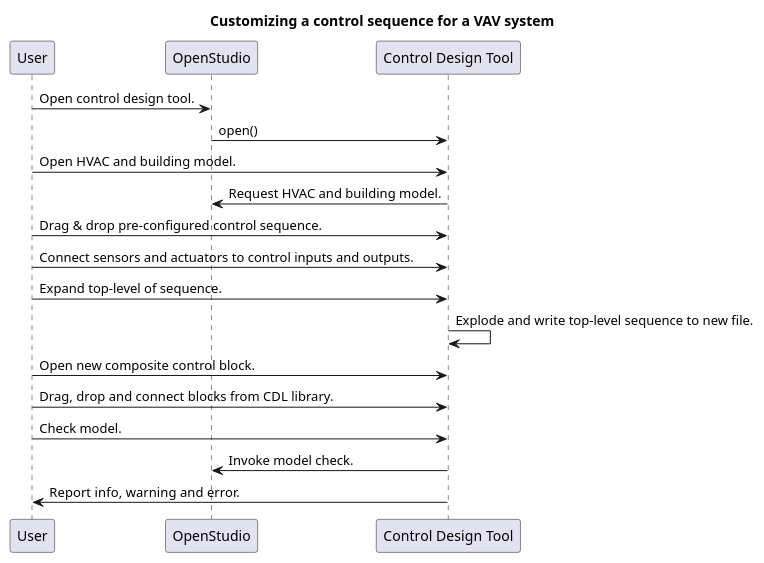
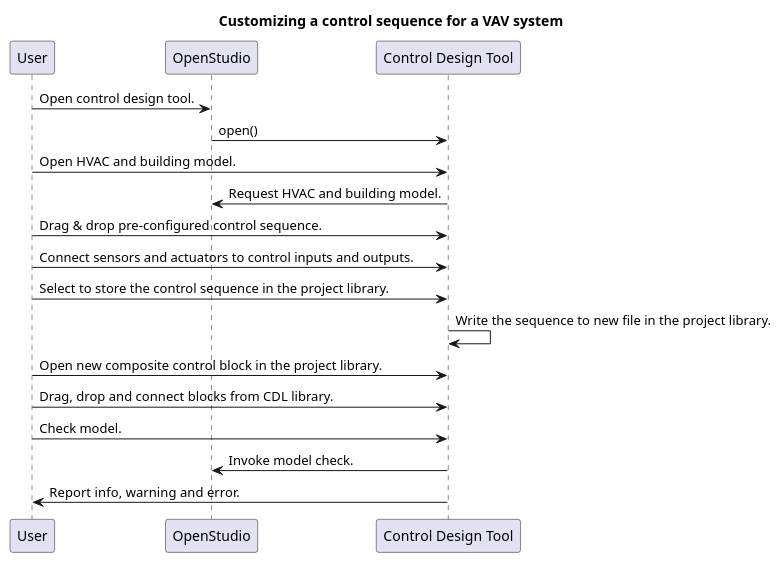
Before and after one commit to lbl-srg/obc: the diagram in specification/source/useCases.rst, drawn with PlantUML. The commit also changed other lines of this file and 5 other files, not shown here.

```diff
--- a/specification/source/useCases.rst
+++ b/specification/source/useCases.rst
@@ -92,18 +93,18 @@
 .. uml::
    :caption: Customizing a control sequence for a VAV system.
 
    title Customizing a control sequence for a VAV system
 
    "User" -> "OpenStudio" : Open control design tool.
    "OpenStudio" -> "Control Design Tool" : open()
    "User" -> "Control Design Tool" : Open HVAC and building model.
    "OpenStudio" <- "Control Design Tool" : Request HVAC and building model.
    "User" -> "Control Design Tool" : Drag & drop pre-configured control sequence.
    "User" -> "Control Design Tool" : Connect sensors and actuators to control inputs and outputs.
-   "User" -> "Control Design Tool" : Expand top-level of sequence.
-   "Control Design Tool" -> "Control Design Tool" : Explode and write top-level sequence to new file.
-   "User" -> "Control Design Tool" : Open new composite control block.
+   "User" -> "Control Design Tool" : Select to store the control sequence in the project library.
+   "Control Design Tool" -> "Control Design Tool" : Write the sequence to new file in the project library.
+   "User" -> "Control Design Tool" : Open new composite control block in the project library.
    "User" -> "Control Design Tool" : Drag, drop and connect blocks from CDL library.
    "User" -> "Control Design Tool" : Check model.
    "OpenStudio" <- "Control Design Tool" : Invoke model check.
    "User" <- "Control Design Tool" : Report info, warning and error.
```
